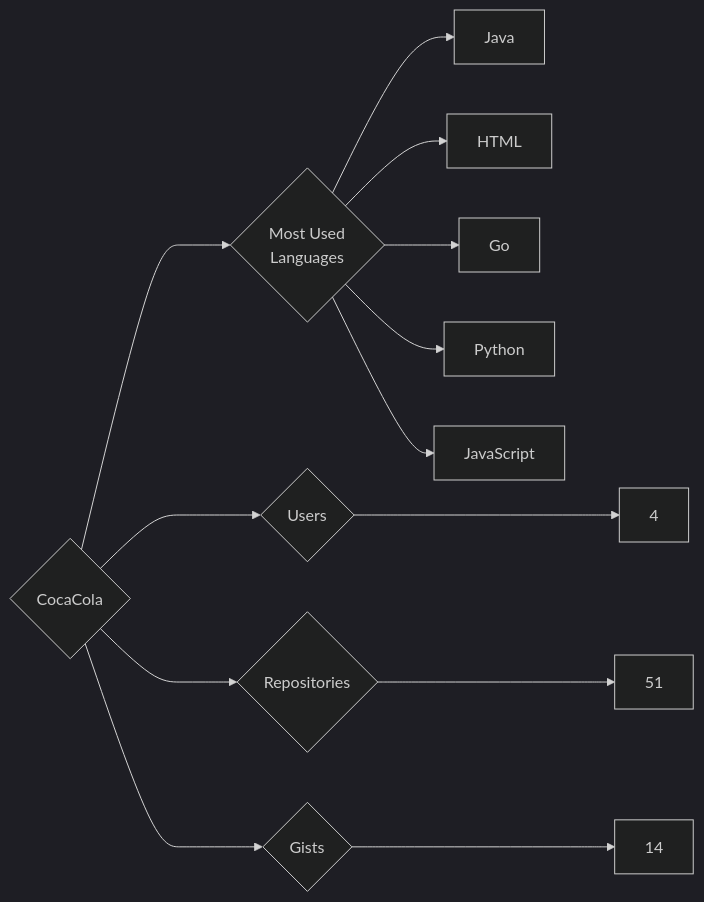
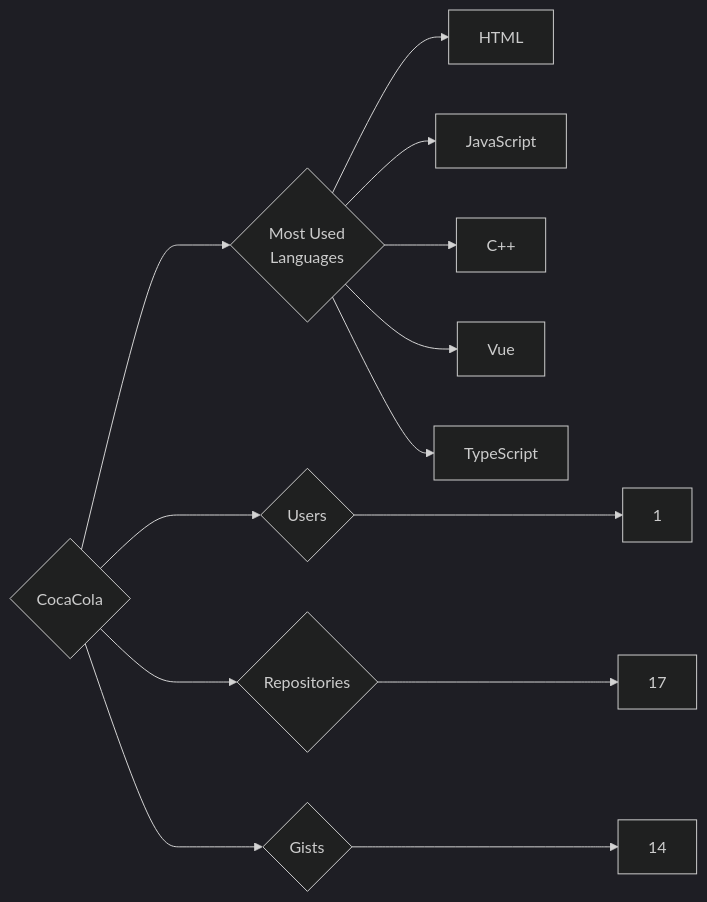
One commit to trickest/insiders changed the diagram in targets/CocaCola/README.md. Above: the diagram before and after it, drawn with Mermaid (dark theme). The commit also changed 1120 other files, not shown here.

````diff
--- a/targets/CocaCola/README.md
+++ b/targets/CocaCola/README.md
@@ -3,13 +3,13 @@
 ```mermaid
 graph LR
 COMPANY_NAME{CocaCola}
-COMPANY_NAME ---> U{Users} ---> UN[4]
-COMPANY_NAME ---> R{Repositories} ---> RN[51]
+COMPANY_NAME ---> U{Users} ---> UN[1]
+COMPANY_NAME ---> R{Repositories} ---> RN[17]
 COMPANY_NAME ---> G{Gists} ---> GN[14]
 COMPANY_NAME ---> ML{Most Used<br>Languages}
-ML --> Java[Java]
 ML --> HTML[HTML]
-ML --> Go[Go]
-ML --> Python[Python]
 ML --> JavaScript[JavaScript]
+ML --> C++[C++]
+ML --> Vue[Vue]
+ML --> TypeScript[TypeScript]
 ```
````
